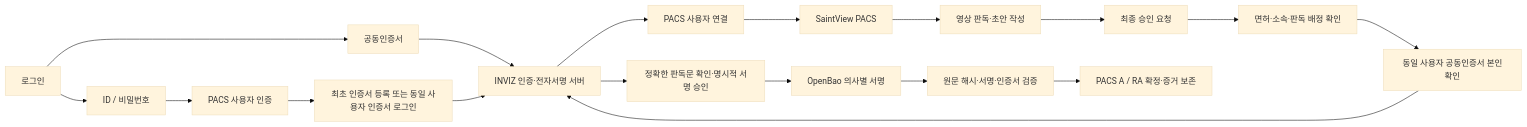
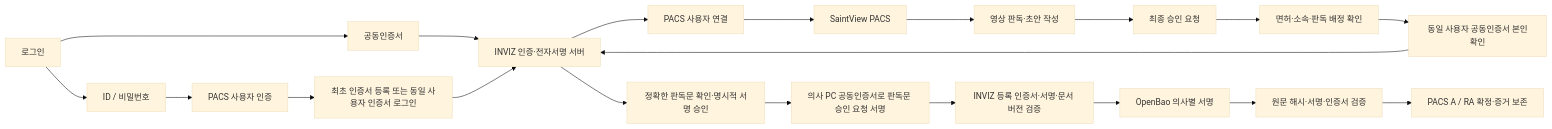
Before and after one commit to egparadise/Vision-Certi: the diagram in docs/PACS_EXECUTION_FLOW.md, drawn with Mermaid (base theme). The commit also changed other lines of this file and 29 other files, not shown here.

````diff
--- a/docs/PACS_EXECUTION_FLOW.md
+++ b/docs/PACS_EXECUTION_FLOW.md
@@ -7,20 +7,22 @@
 ```mermaid
 flowchart LR
   Login[로그인] --> PW[ID / 비밀번호]
   Login --> Cert[공동인증서]
   PW --> Local[PACS 사용자 인증]
   Cert --> INVIZ[INVIZ 인증·전자서명 서버]
   INVIZ --> Link[PACS 사용자 연결]
   Local --> Enrollment[최초 인증서 등록 또는 동일 사용자 인증서 로그인]
   Enrollment --> INVIZ
   Link --> PACS[SaintView PACS]
   PACS --> Read[영상 판독·초안 작성]
   Read --> Approve[최종 승인 요청]
   Approve --> License[면허·소속·판독 배정 확인]
   License --> StepUp[동일 사용자 공동인증서 본인확인]
   StepUp --> INVIZ
   INVIZ --> Review[정확한 판독문 확인·명시적 서명 승인]
-  Review --> Bao[OpenBao 의사별 서명]
+  Review --> LocalSign[의사 PC 공동인증서로 판독문 승인 요청 서명]
+  LocalSign --> ServerCheck[INVIZ 등록 인증서·서명·문서 버전 검증]
+  ServerCheck --> Bao[OpenBao 의사별 서명]
   Bao --> Verify[원문 해시·서명·인증서 검증]
   Verify --> Commit[PACS A / RA 확정·증거 보존]
 ```
````
